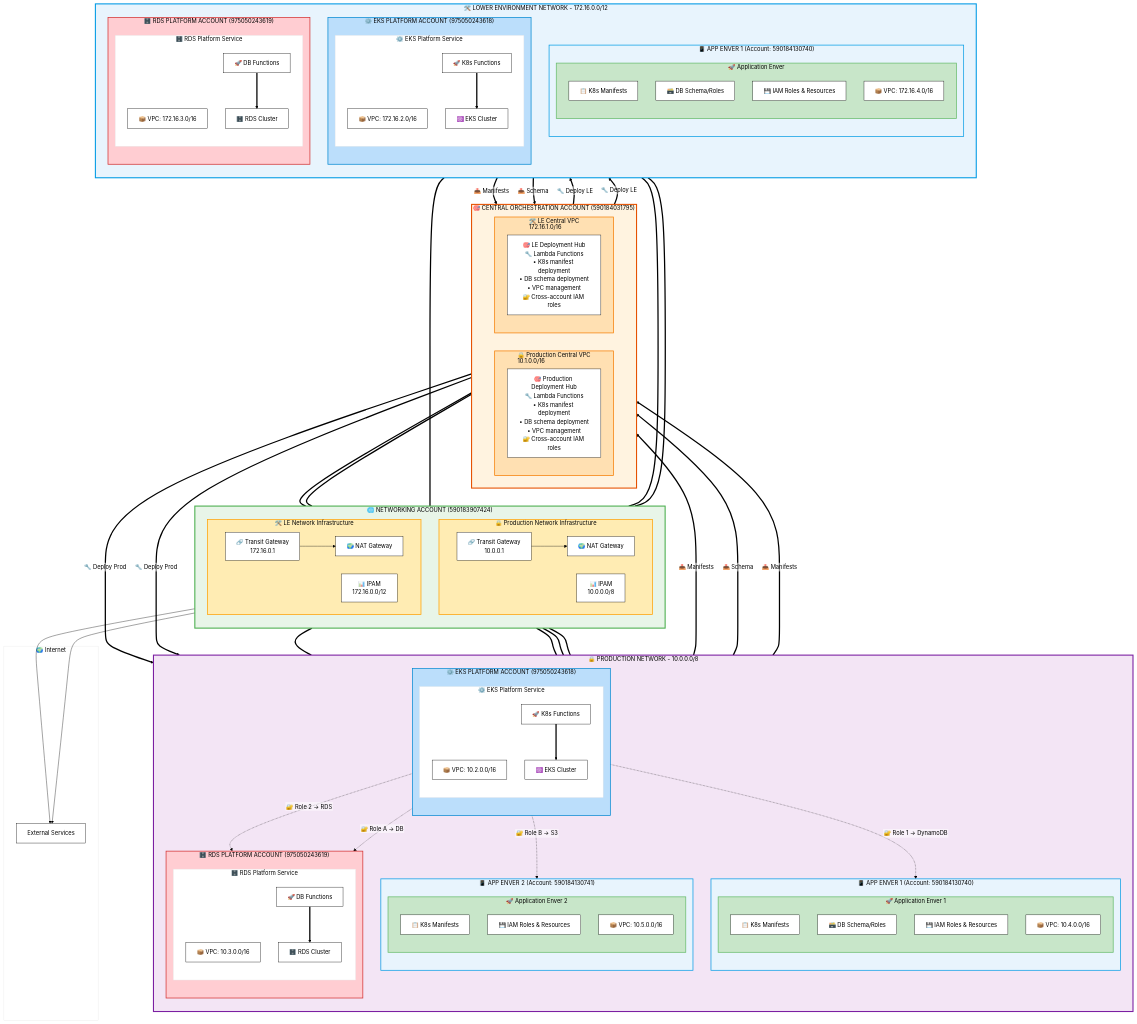
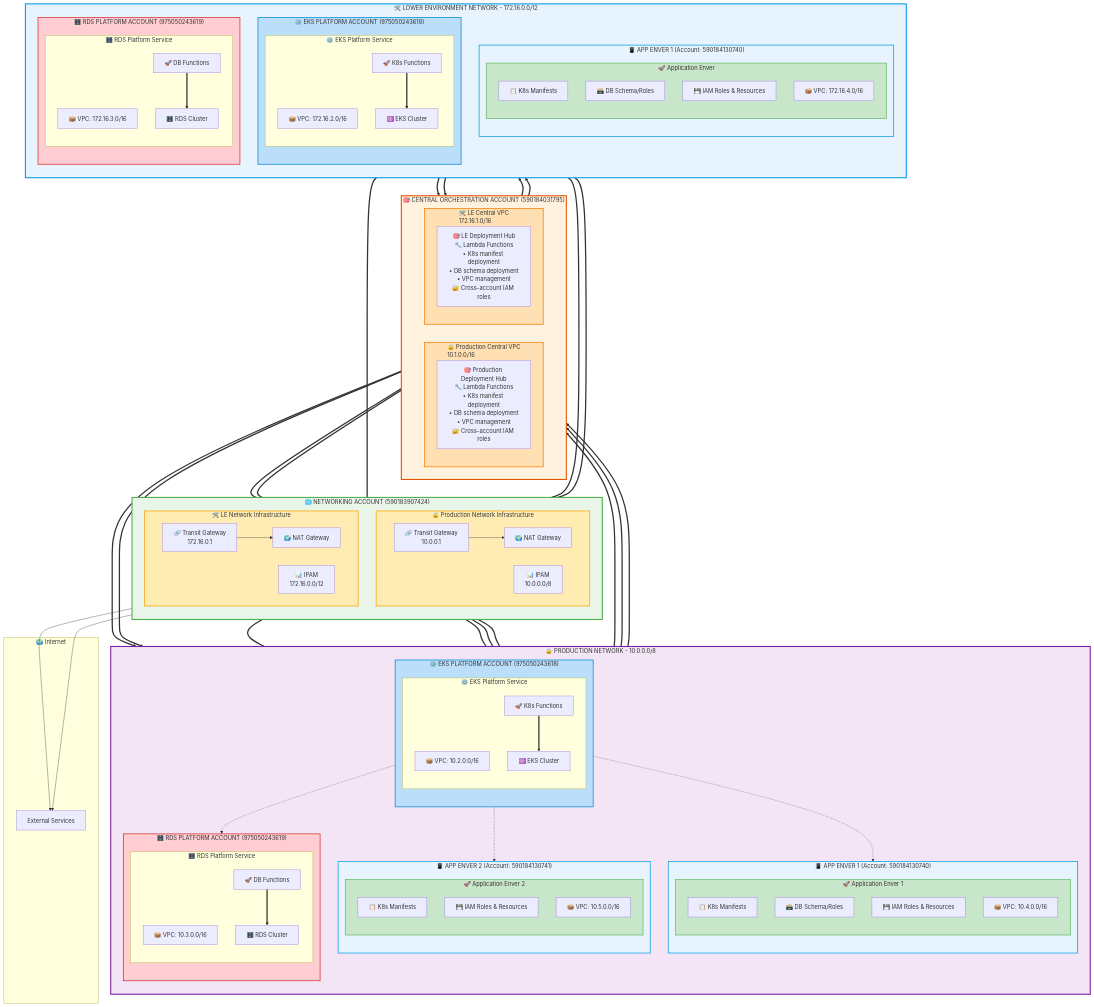
Before and after one commit to ondemandenv/ondemandenv.github.io: the diagram in diagrams/multi-account-network-architecture.mmd, drawn with Mermaid. The commit also changed 1 other file, not shown here.

```diff
--- a/diagrams/multi-account-network-architecture.mmd
+++ b/diagrams/multi-account-network-architecture.mmd
@@ -1,4 +1,3 @@
-%%{init: {"flowchart": {"htmlLabels": false}, "theme": "base", "themeVariables": {"primaryColor": "#ffffff", "primaryTextColor": "#000000", "primaryBorderColor": "#000000", "lineColor": "#000000"}}}%%
 flowchart TB
     %% ========================================
     %% NETWORKING ACCOUNT - Contains Both Networks
@@ -170,22 +169,22 @@
     %% ========================================
     
     %% PRODUCTION: Apps → Production Hub → Platforms
-    App1ManifestProd ==>|"📤 Manifests"| CentralControlProd
-    App1SchemaProd ==>|"📤 Schema"| CentralControlProd
-    App2ManifestProd ==>|"📤 Manifests"| CentralControlProd
+    App1ManifestProd ==> CentralControlProd
+    App1SchemaProd ==> CentralControlProd
+    App2ManifestProd ==> CentralControlProd
     
-    CentralControlProd ==>|"🔧 Deploy Prod"| EKSDeployProd
-    CentralControlProd ==>|"🔧 Deploy Prod"| RDSDeployProd
+    CentralControlProd ==> EKSDeployProd
+    CentralControlProd ==> RDSDeployProd
     
     EKSDeployProd ==> EKSProd
     RDSDeployProd ==> RDSProd
     
     %% LOWER ENVIRONMENT: Apps → LE Hub → Platforms  
-    App1ManifestLE ==>|"📤 Manifests"| CentralControlLE
-    App1SchemaLE ==>|"📤 Schema"| CentralControlLE
+    App1ManifestLE ==> CentralControlLE
+    App1SchemaLE ==> CentralControlLE
     
-    CentralControlLE ==>|"🔧 Deploy LE"| EKSDeployLE
-    CentralControlLE ==>|"🔧 Deploy LE"| RDSDeployLE
+    CentralControlLE ==> EKSDeployLE
+    CentralControlLE ==> RDSDeployLE
     
     EKSDeployLE ==> EKSLENet
     RDSDeployLE ==> RDSLENet
@@ -195,10 +194,9 @@
     %% ========================================
     
     %% Enver 1 & 2 Runtime Access
-    EKSProd -.->|"🔐 Role 1 → DynamoDB"| App1ResProd
-    EKSProd -.->|"🔐 Role 2 → RDS"| RDSProd
-    EKSProd -.->|"🔐 Role A → DB"| RDSProd  
-    EKSProd -.->|"🔐 Role B → S3"| App2ResProd
+    EKSProd -.-> App1ResProd
+    EKSProd -.-> RDSProd
+    EKSProd -.-> App2ResProd
 
     %% ========================================
     %% STYLING
```
